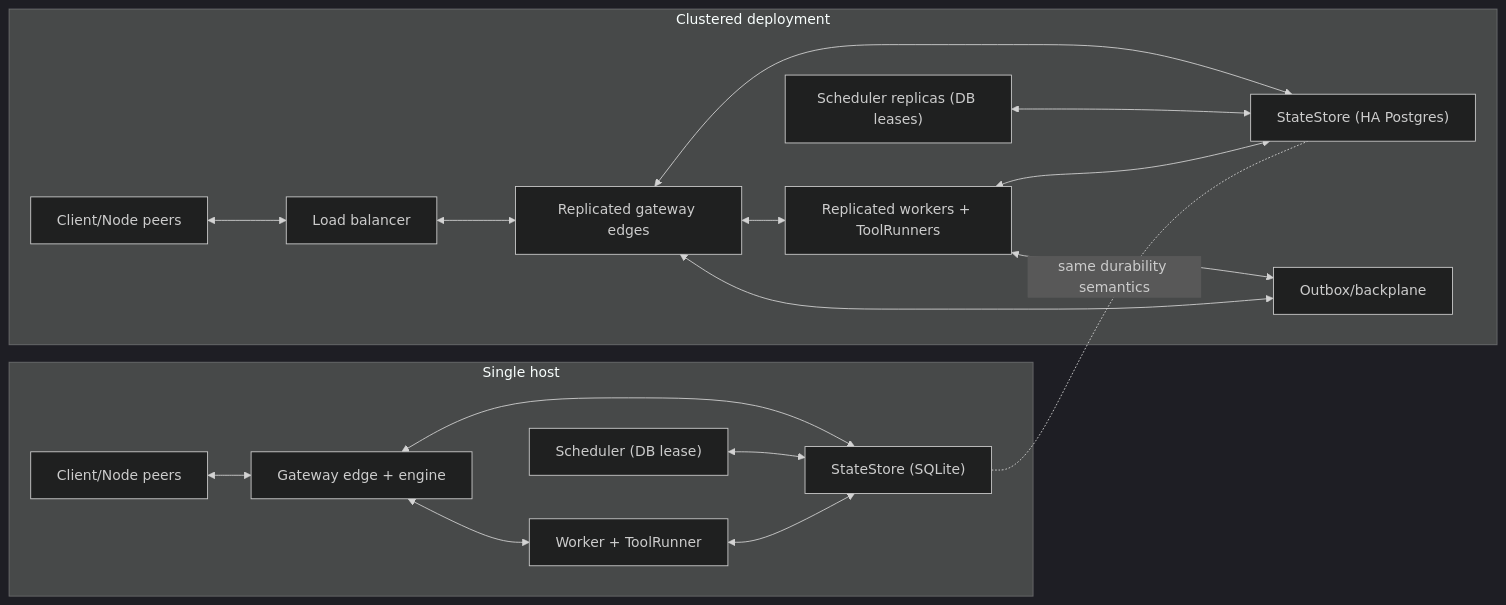
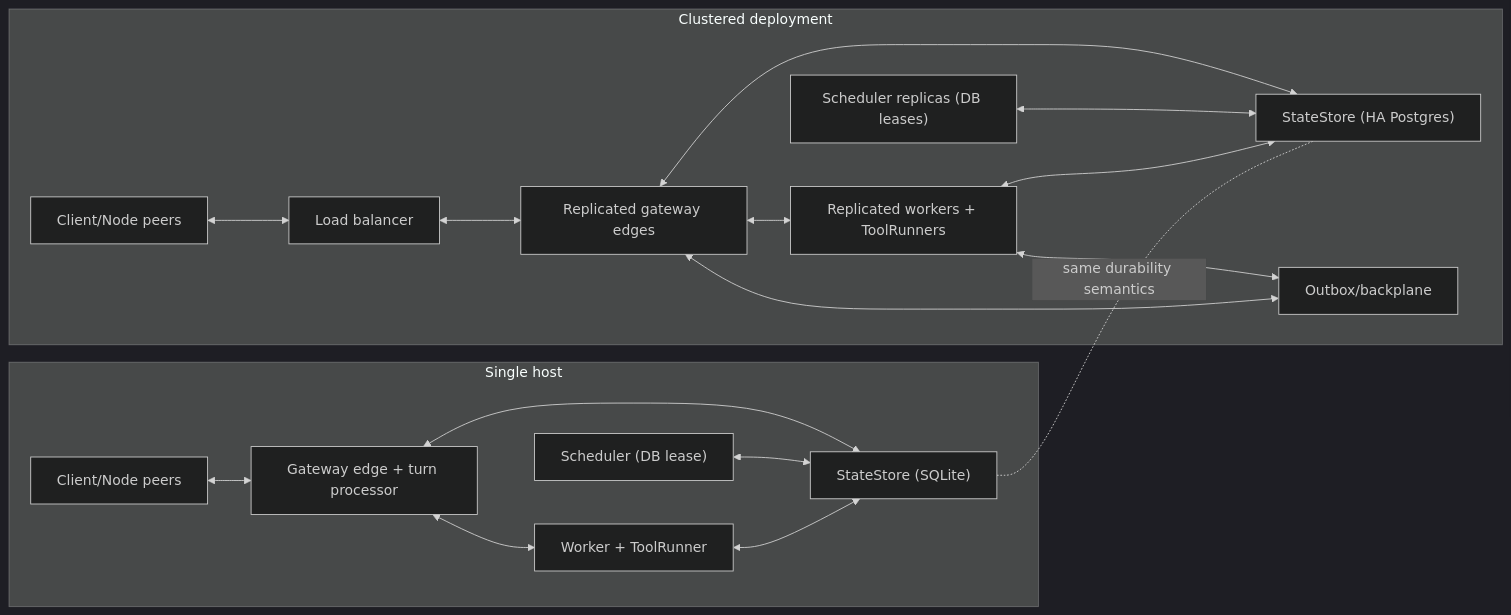
The diagram in docs/architecture/scaling-ha/index.md (tyrumai/tyrum), drawn with Mermaid (dark theme) before and after one commit. The commit also changed other lines of this file and 56 other files, not shown here.

Commit message:
docs: rewrite architecture around conversations and turns (#1829)

````diff
--- a/docs/architecture/scaling-ha/index.md
+++ b/docs/architecture/scaling-ha/index.md
@@ -11,23 +11,23 @@
 ```mermaid
 flowchart LR
   subgraph SingleHost["Single host"]
-    SHClient["Client/Node peers"] <--> SHEdge["Gateway edge + engine"]
+    SHClient["Client/Node peers"] <--> SHEdge["Gateway edge + turn processor"]
     SHEdge <--> SHStore["StateStore (SQLite)"]
     SHEdge <--> SHWorker["Worker + ToolRunner"]
     SHSched["Scheduler (DB lease)"] <--> SHStore
     SHWorker <--> SHStore
   end
 
   subgraph Cluster["Clustered deployment"]
     CClient["Client/Node peers"] <--> LB["Load balancer"]
     LB <--> CEdge["Replicated gateway edges"]
     CEdge <--> CStore["StateStore (HA Postgres)"]
     CEdge <--> CWorker["Replicated workers + ToolRunners"]
     CSched["Scheduler replicas (DB leases)"] <--> CStore
     CWorker <--> CStore
     CBackplane["Outbox/backplane"] <--> CEdge
     CWorker <--> CBackplane
   end
 
   SHStore -. "same durability semantics" .- CStore
 ```
````
